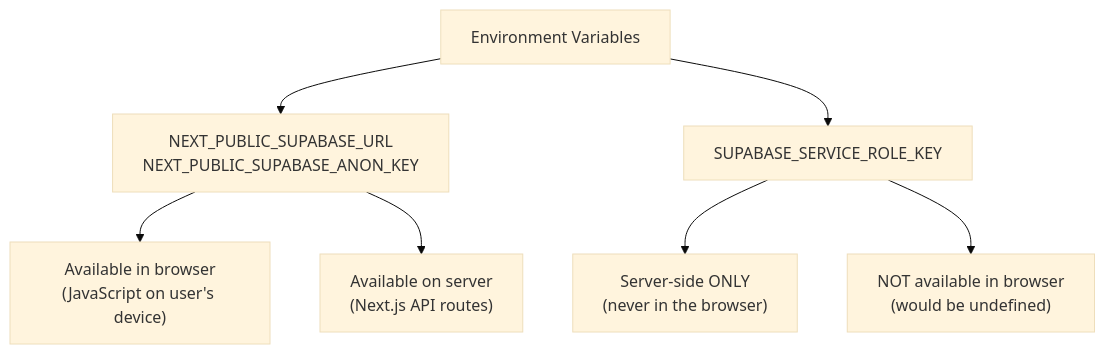
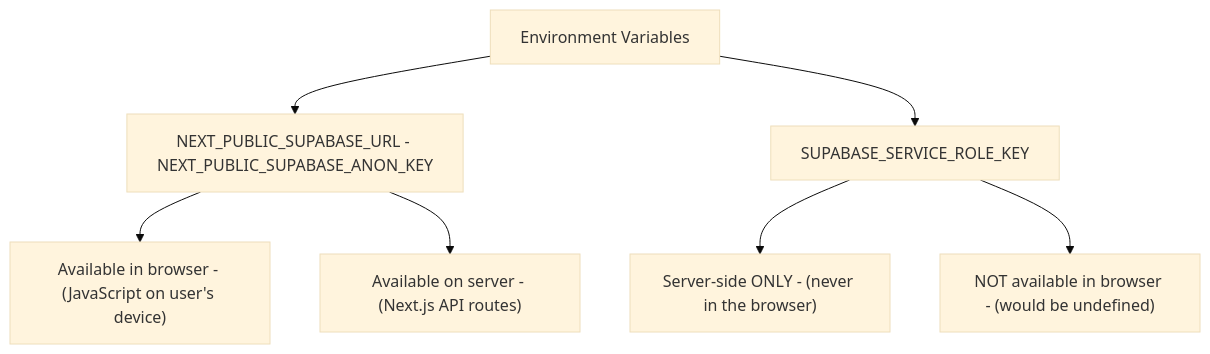
Before and after one commit to wongjinar-ai/expample: the third of 6 diagrams in learning/08-environment-variables.md, drawn with Mermaid (base theme). The commit also changed other lines of this file and 16 other files, not shown here.

````diff
--- a/learning/08-environment-variables.md
+++ b/learning/08-environment-variables.md
@@ -120,12 +120,12 @@
 ```mermaid
 graph TD
     EnvVars["Environment Variables"]
-    EnvVars --> Public["NEXT_PUBLIC_SUPABASE_URL\nNEXT_PUBLIC_SUPABASE_ANON_KEY"]
+    EnvVars --> Public["NEXT_PUBLIC_SUPABASE_URL - NEXT_PUBLIC_SUPABASE_ANON_KEY"]
     EnvVars --> Private["SUPABASE_SERVICE_ROLE_KEY"]
 
-    Public --> Browser["Available in browser\n(JavaScript on user's device)"]
-    Public --> Server["Available on server\n(Next.js API routes)"]
+    Public --> Browser["Available in browser - (JavaScript on user's device)"]
+    Public --> Server["Available on server - (Next.js API routes)"]
 
-    Private --> ServerOnly["Server-side ONLY\n(never in the browser)"]
-    Private --> BrowserNone["NOT available in browser\n(would be undefined)"]
+    Private --> ServerOnly["Server-side ONLY - (never in the browser)"]
+    Private --> BrowserNone["NOT available in browser - (would be undefined)"]
 ```
````
